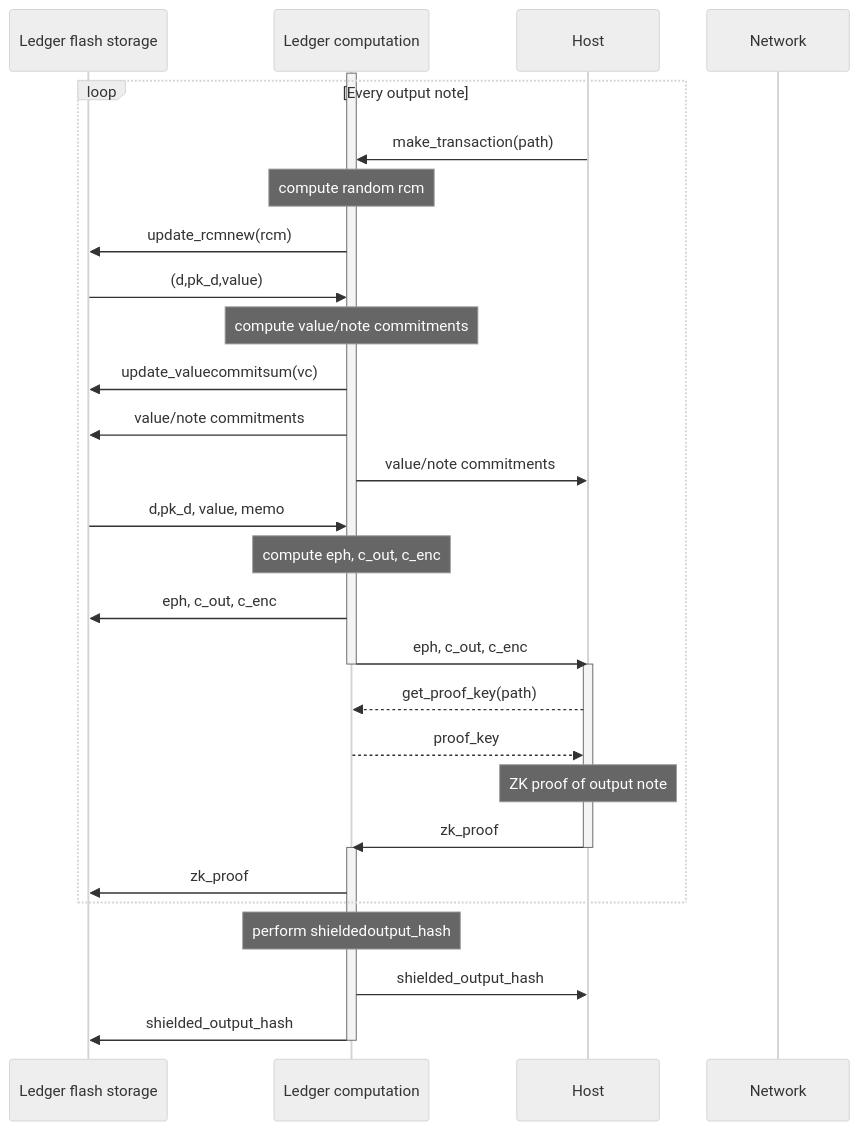
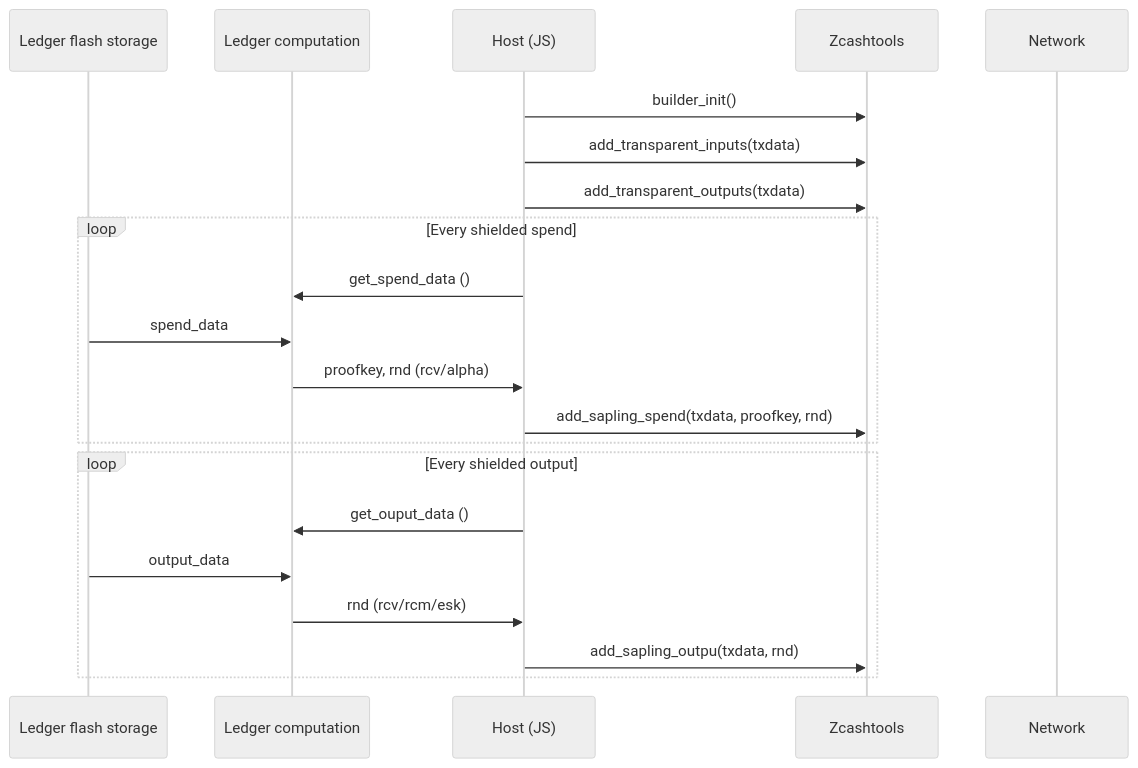
The fourth of 6 diagrams in docs/zcash_workflow.md (Zondax/ledger-zcash), drawn with Mermaid (neutral theme) before and after one commit. The commit also changed other lines of this file and 7 other files, not shown here.

````diff
--- a/docs/zcash_workflow.md
+++ b/docs/zcash_workflow.md
@@ -82,35 +98,24 @@
 ```mermaid
   sequenceDiagram
   participant LF as Ledger flash storage
   participant LC as Ledger computation 
-  participant H as Host
+  participant H as Host (JS)
+  participant Z as Zcashtools
   participant N as Network
-  activate LC
-  loop Every output note
-  H ->> LC: make_transaction(path) #TODO: which path??? fixed one makes sense??
-  Note over LC: compute random rcm
-  LC ->> LF: update_rcmnew(rcm)
-  LF ->> LC: (d,pk_d,value)
-  Note over LC: compute value/note commitments
-  LC ->> LF: update_valuecommitsum(vc)
-  LC ->> LF: value/note commitments
-  LC ->> H: value/note commitments
-  LF ->> LC: d,pk_d, value, memo
-  Note over LC: compute eph, c_out, c_enc 
-  LC ->> LF: eph, c_out, c_enc 
-  LC ->> H: eph, c_out, c_enc 
-  deactivate LC
-  activate H
-  H -->> LC: get_proof_key(path) #is this necessary?
-  LC -->> H: proof_key
-  Note over H: ZK proof of output note
-  H ->> LC: zk_proof
-  deactivate H
-  activate LC
-  LC ->> LF: zk_proof
+  H ->> Z: builder_init()
+  H ->> Z: add_transparent_inputs(txdata)
+  H ->> Z: add_transparent_outputs(txdata)
+  loop Every shielded spend
+  H ->> LC: get_spend_data ()
+  LF ->> LC: spend_data
+  LC ->> H: proofkey, rnd (rcv/alpha)
+  H ->> Z: add_sapling_spend(txdata, proofkey, rnd)
   end
-  Note over LC: perform shieldedoutput_hash
-  LC ->> H: shielded_output_hash
-  LC ->> LF: shielded_output_hash
-  deactivate LC
-  ```
+
+  loop Every shielded output
+  H ->> LC: get_ouput_data ()
+  LF ->> LC: output_data
+  LC ->> H: rnd (rcv/rcm/esk)
+  H ->> Z: add_sapling_outpu(txdata, rnd)
+  end
+```
````
